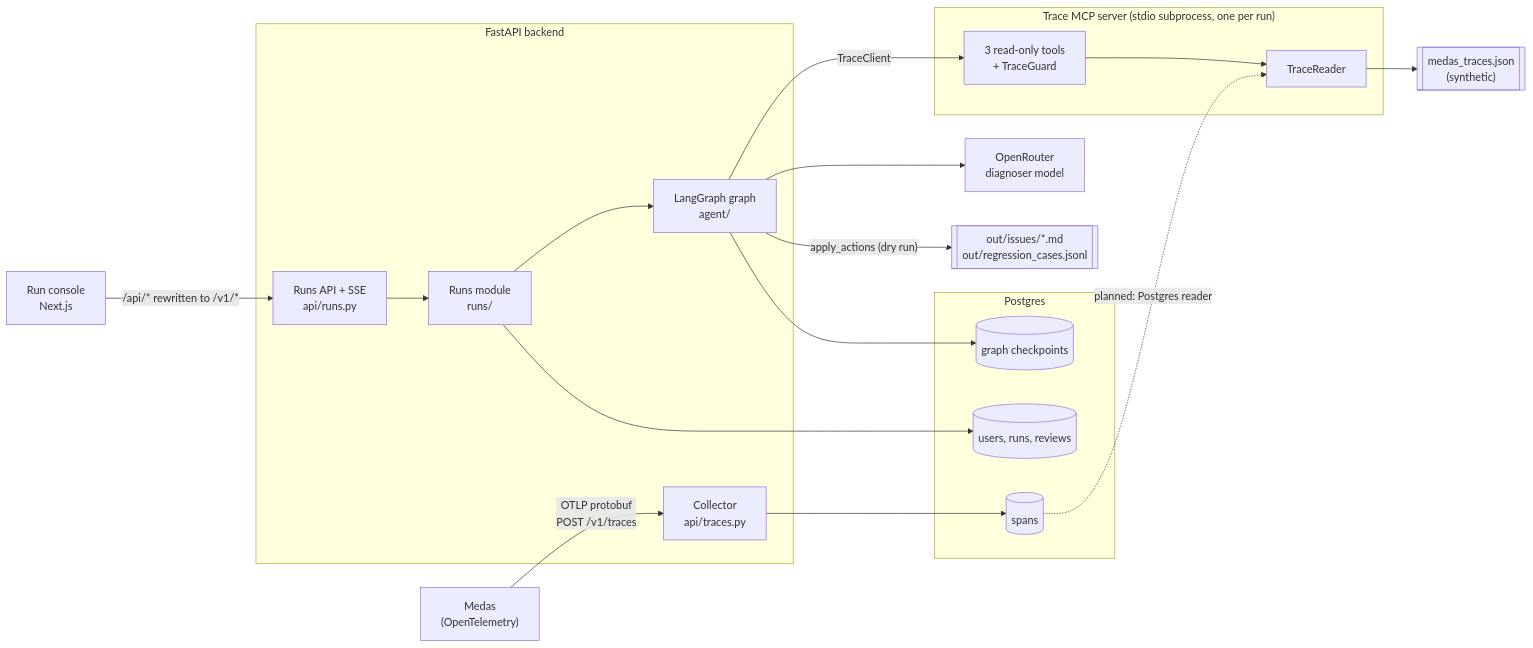
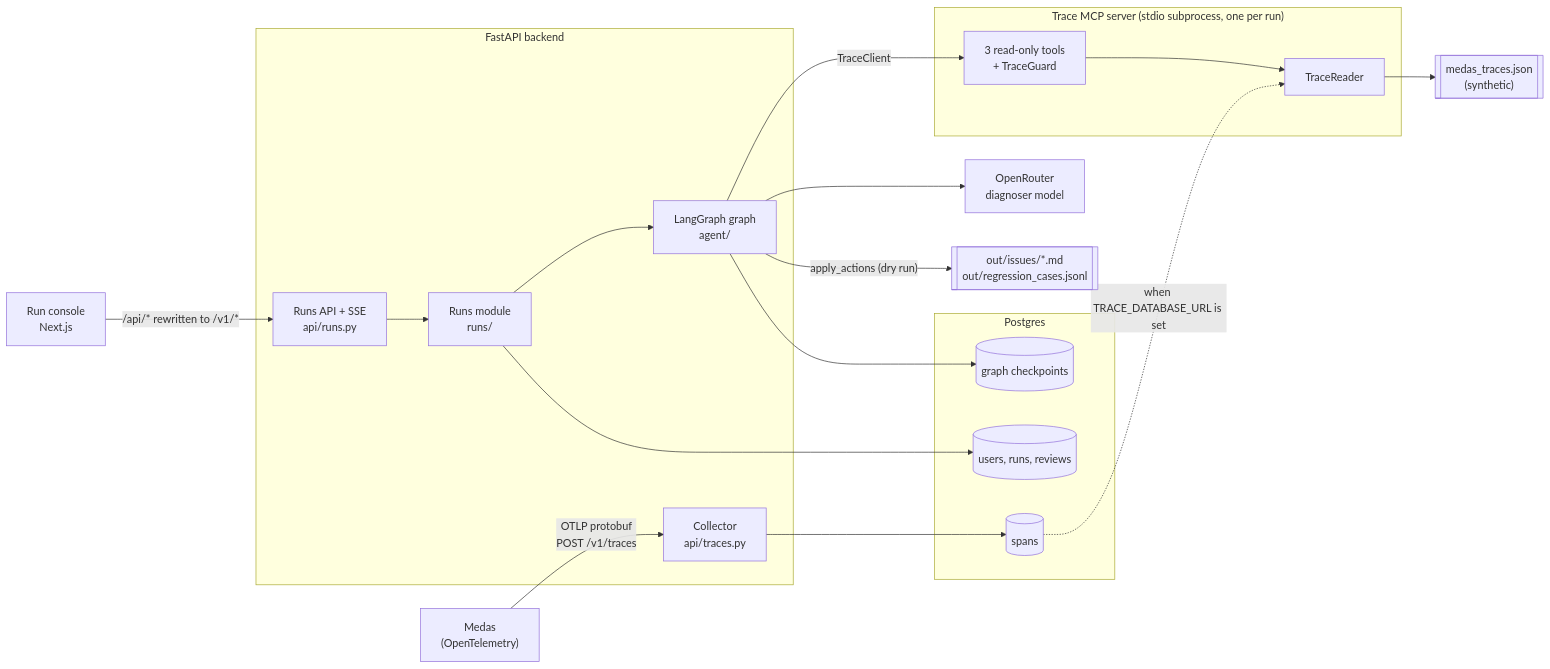
The first of 5 diagrams in README.md (Nelev/tracescan), drawn with Mermaid before and after one commit. The commit also changed other lines of this file and 10 other files, not shown here.

First line of the commit message:
feat: read the collected spans with a minimal Postgres trace reader

````diff
--- a/README.md
+++ b/README.md
@@ -26,39 +26,39 @@
 ```mermaid
 flowchart LR
     medas["Medas<br/>(OpenTelemetry)"] -- "OTLP protobuf<br/>POST /v1/traces" --> collector
 
     subgraph backend["FastAPI backend"]
         collector["Collector<br/>api/traces.py"]
         api["Runs API + SSE<br/>api/runs.py"]
         runs["Runs module<br/>runs/"]
         agent["LangGraph graph<br/>agent/"]
         api --> runs --> agent
     end
 
     subgraph pg["Postgres"]
         spans[("spans")]
         app[("users, runs, reviews")]
         cp[("graph checkpoints")]
     end
 
     subgraph mcp["Trace MCP server (stdio subprocess, one per run)"]
         tools["3 read-only tools<br/>+ TraceGuard"]
         reader["TraceReader"]
         tools --> reader
     end
 
     fixture[["medas_traces.json<br/>(synthetic)"]]
     ui["Run console<br/>Next.js"]
     llm["OpenRouter<br/>diagnoser model"]
     out[["out/issues/*.md<br/>out/regression_cases.jsonl"]]
 
     collector --> spans
-    spans -. "planned: Postgres reader" .-> reader
+    spans -. "when TRACE_DATABASE_URL is set" .-> reader
     reader --> fixture
     agent -- "TraceClient" --> tools
     agent --> llm
     agent -- "apply_actions (dry run)" --> out
     agent --> cp
     runs --> app
     ui -- "/api/* rewritten to /v1/*" --> api
 ```
````
